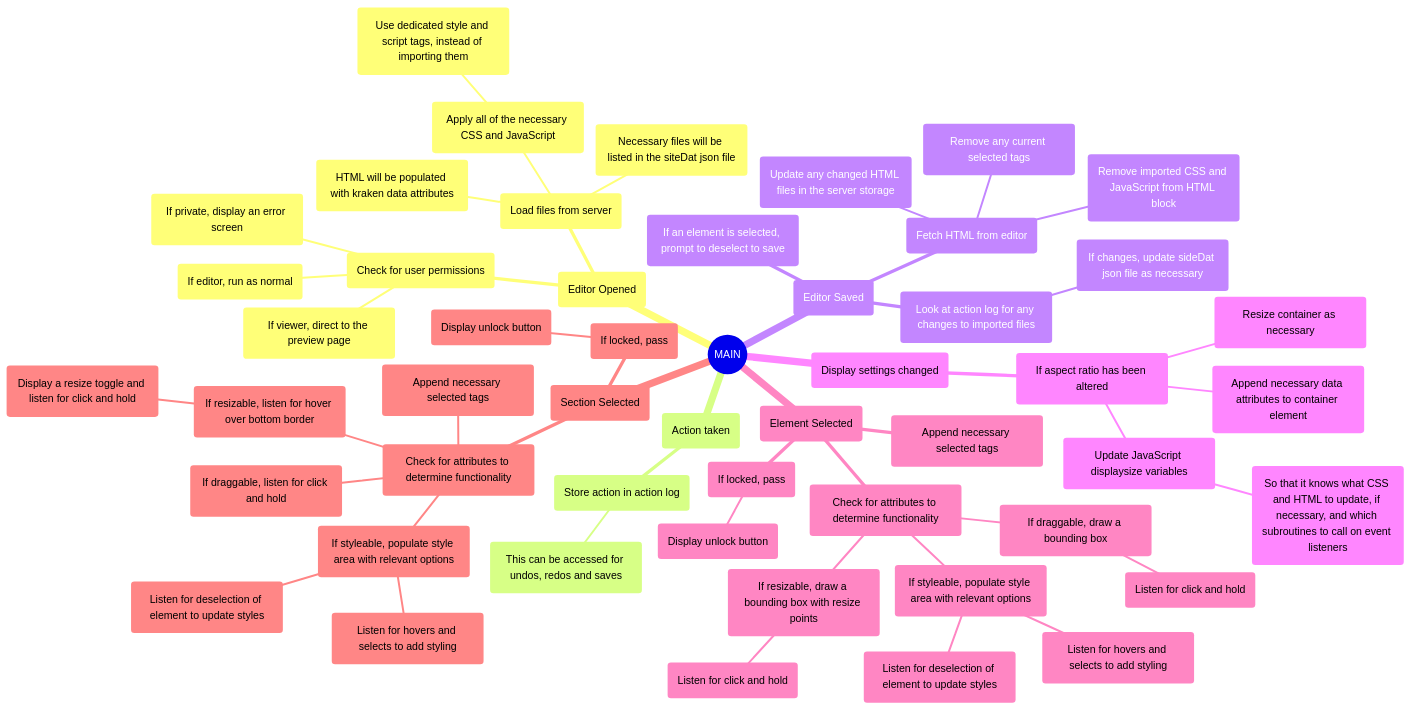
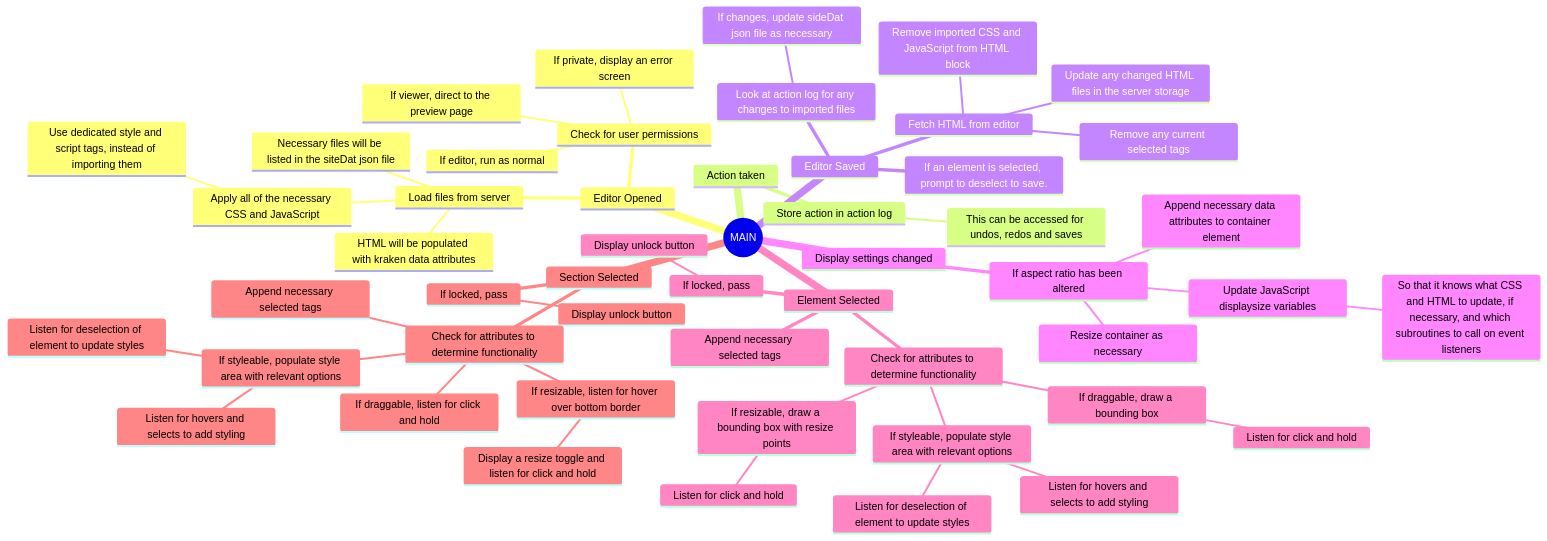
Diagram 11 of 11 in README.md (tomgxz/Kraken), drawn with Mermaid before and after one commit.

````diff
--- a/README.md
+++ b/README.md
@@ -546,61 +546,61 @@
 ```mermaid
 mindmap
   root((MAIN))
 
-    (Editor Opened)
-        (Check for user permissions)
-            (If editor, run as normal)
-            (If viewer, direct to the preview page)
-            (If private, display an error screen)
-        (Load files from server)
-            (Necessary files will be listed in the siteDat json file)
-            (HTML will be populated with kraken data attributes)
-            (Apply all of the necessary CSS and JavaScript)
-                (Use dedicated style and script tags, instead of importing them)
+    Editor Opened
+        Check for user permissions
+            If editor, run as normal
+            If viewer, direct to the preview page
+            If private, display an error screen
+        Load files from server
+            Necessary files will be listed in the siteDat json file
+            HTML will be populated with kraken data attributes
+            Apply all of the necessary CSS and JavaScript
+                Use dedicated style and script tags, instead of importing them
 
-    (Action taken)
-        (Store action in action log)
-            (This can be accessed for undos, redos and saves)
+    Action taken
+        Store action in action log
+            This can be accessed for undos, redos and saves
 
-    (Editor Saved)
-        (If an element is selected, prompt to deselect to save)
-        (Fetch HTML from editor)
-            (Remove imported CSS and JavaScript from HTML block)
-            (Remove any current selected tags)
-            (Update any changed HTML files in the server storage)
-        (Look at action log for any changes to imported files)
-            (If changes, update sideDat json file as necessary)
+    Editor Saved
+        If an element is selected, prompt to deselect to save.
+        Fetch HTML from editor
+            Remove imported CSS and JavaScript from HTML block
+            Remove any current selected tags
+            Update any changed HTML files in the server storage
+        Look at action log for any changes to imported files
+            If changes, update sideDat json file as necessary
 
-    (Display settings changed)
-        (If aspect ratio has been altered)
-            (Append necessary data attributes to container element)
-            (Resize container as necessary)
-            (Update JavaScript displaysize variables)
-                (So that it knows what CSS and HTML to update, if necessary, and which subroutines to call on event listeners)
+    Display settings changed
+        If aspect ratio has been altered
+            Append necessary data attributes to container element
+            Resize container as necessary
+            Update JavaScript displaysize variables
+                So that it knows what CSS and HTML to update, if necessary, and which subroutines to call on event listeners
 
 
-    (Element Selected)
-        (If locked, pass)
-            (Display unlock button)
-        (Check for attributes to determine functionality)
-            (If styleable, populate style area with relevant options)
-                (Listen for hovers and selects to add styling)
-                (Listen for deselection of element to update styles)
-            (If draggable, draw a bounding box)
-                (Listen for click and hold)
-            (If resizable, draw a bounding box with resize points)
-                (Listen for click and hold)
-        (Append necessary selected tags)
+    Element Selected
+        If locked, pass
+            Display unlock button
+        Check for attributes to determine functionality
+            If styleable, populate style area with relevant options
+                Listen for hovers and selects to add styling
+                Listen for deselection of element to update styles
+            If draggable, draw a bounding box
+                Listen for click and hold
+            If resizable, draw a bounding box with resize points
+                Listen for click and hold
+        Append necessary selected tags
 
-    (Section Selected)
-        (If locked, pass)
-            (Display unlock button)
-        (Check for attributes to determine functionality)
-            (If styleable, populate style area with relevant options)
-                (Listen for hovers and selects to add styling)
-                (Listen for deselection of element to update styles)
-            (If draggable, listen for click and hold)
-            (If resizable, listen for hover over bottom border)
-                (Display a resize toggle and listen for click and hold)
-            (Append necessary selected tags)
+    Section Selected
+        If locked, pass
+            Display unlock button
+        Check for attributes to determine functionality
+            If styleable, populate style area with relevant options
+                Listen for hovers and selects to add styling
+                Listen for deselection of element to update styles
+            If draggable, listen for click and hold
+            If resizable, listen for hover over bottom border
+                Display a resize toggle and listen for click and hold
+            Append necessary selected tags
 ```
````
